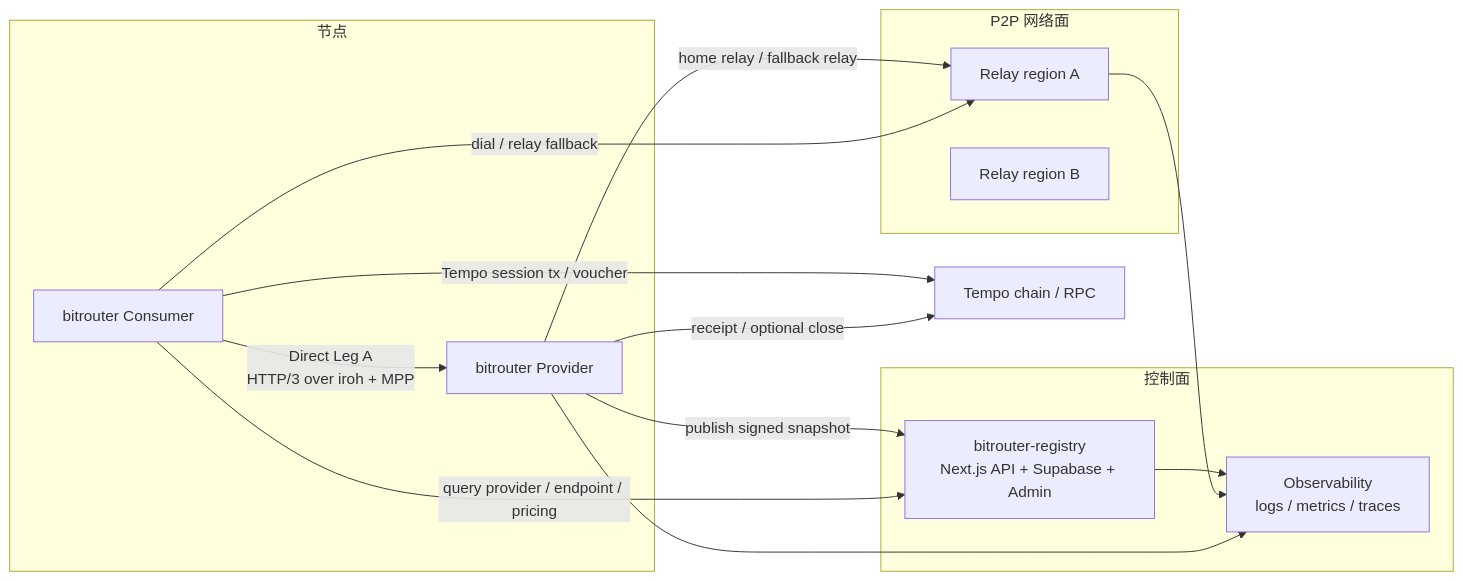
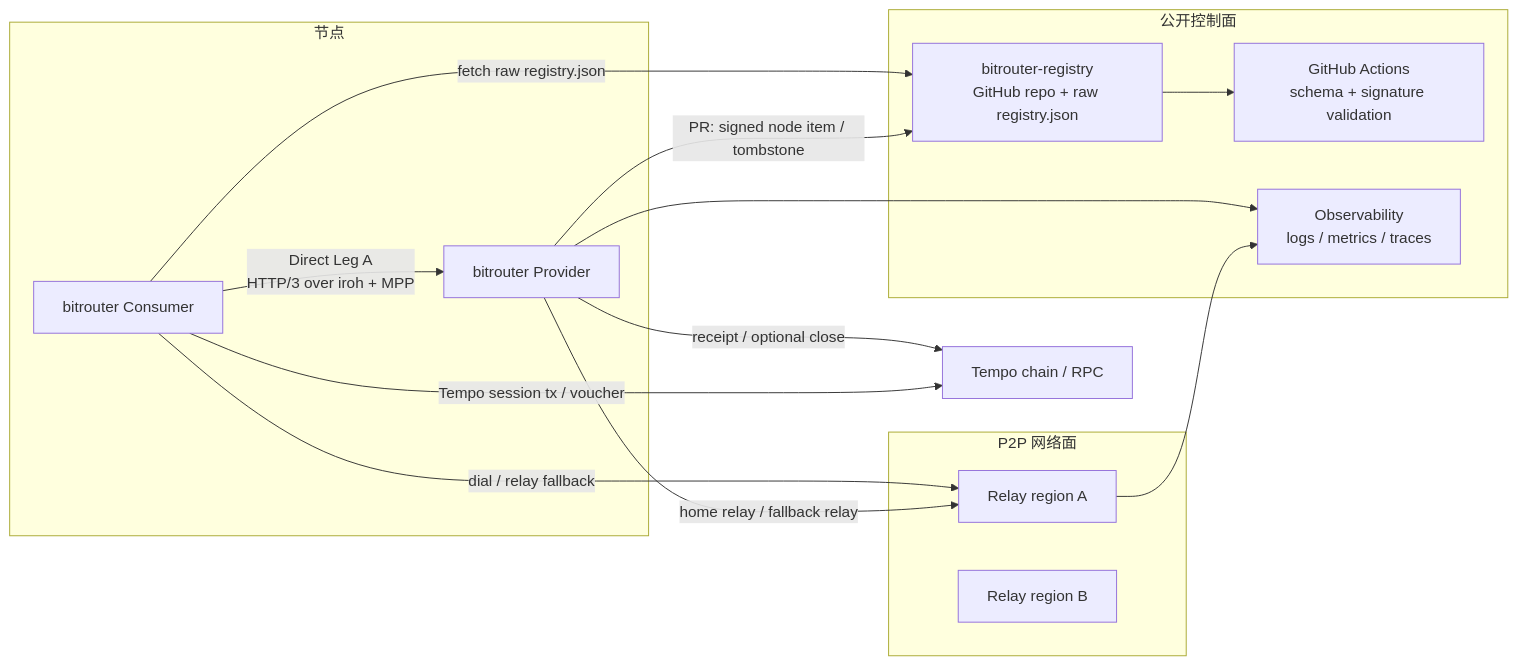
One commit to bitrouter/bitrouter changed the first of 2 diagrams in specs/p2p/008-01-network-deployment.md. Above: the diagram before and after it, drawn with Mermaid. The commit also changed other lines of this file and 13 other files, not shown here.

````diff
--- a/specs/p2p/008-01-network-deployment.md
+++ b/specs/p2p/008-01-network-deployment.md
@@ -13,30 +13,31 @@
 ```mermaid
 flowchart LR
-    subgraph Control["控制面"]
-        Registry["bitrouter-registry<br/>Next.js API + Supabase + Admin"]
+    subgraph Control["公开控制面"]
+        Registry["bitrouter-registry<br/>GitHub repo + raw registry.json"]
+        CI["GitHub Actions<br/>schema + signature validation"]
         Metrics["Observability<br/>logs / metrics / traces"]
     end
 
     subgraph Network["P2P 网络面"]
         RelayA["Relay region A"]
         RelayB["Relay region B"]
     end
 
     subgraph Nodes["节点"]
         Consumer["bitrouter Consumer"]
         Provider["bitrouter Provider"]
     end
 
     Tempo["Tempo chain / RPC"]
 
-    Provider -->|"publish signed snapshot"| Registry
-    Consumer -->|"query provider / endpoint / pricing"| Registry
+    Provider -->|"PR: signed node item / tombstone"| Registry
+    Registry --> CI
+    Consumer -->|"fetch raw registry.json"| Registry
     Provider -->|"home relay / fallback relay"| RelayA
     Consumer -->|"dial / relay fallback"| RelayA
     Consumer -->|"Direct Leg A<br/>HTTP/3 over iroh + MPP"| Provider
     Consumer -->|"Tempo session tx / voucher"| Tempo
     Provider -->|"receipt / optional close"| Tempo
-    Registry --> Metrics
     RelayA --> Metrics
     Provider --> Metrics
 ```
````
